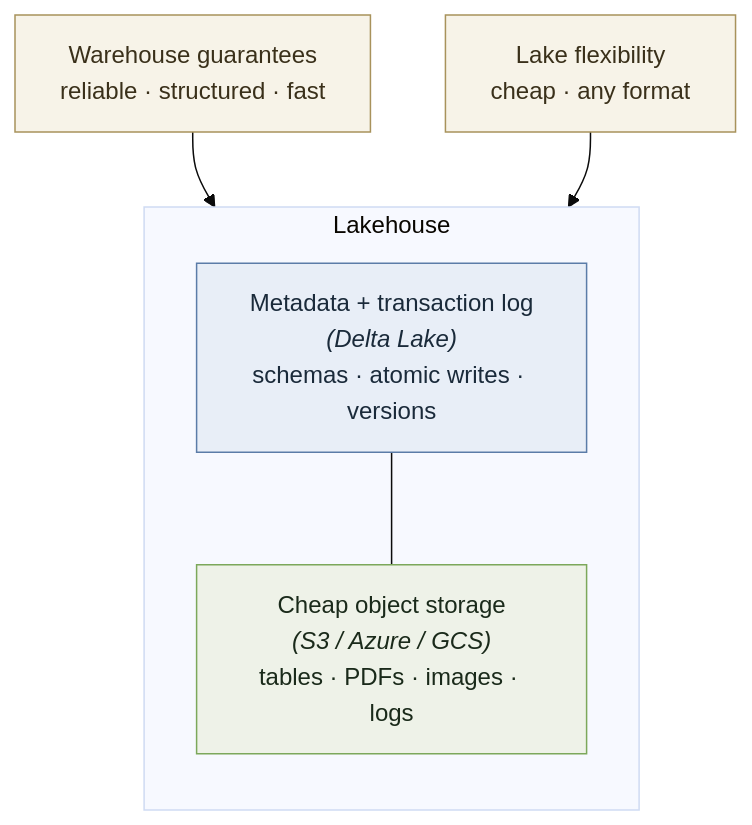
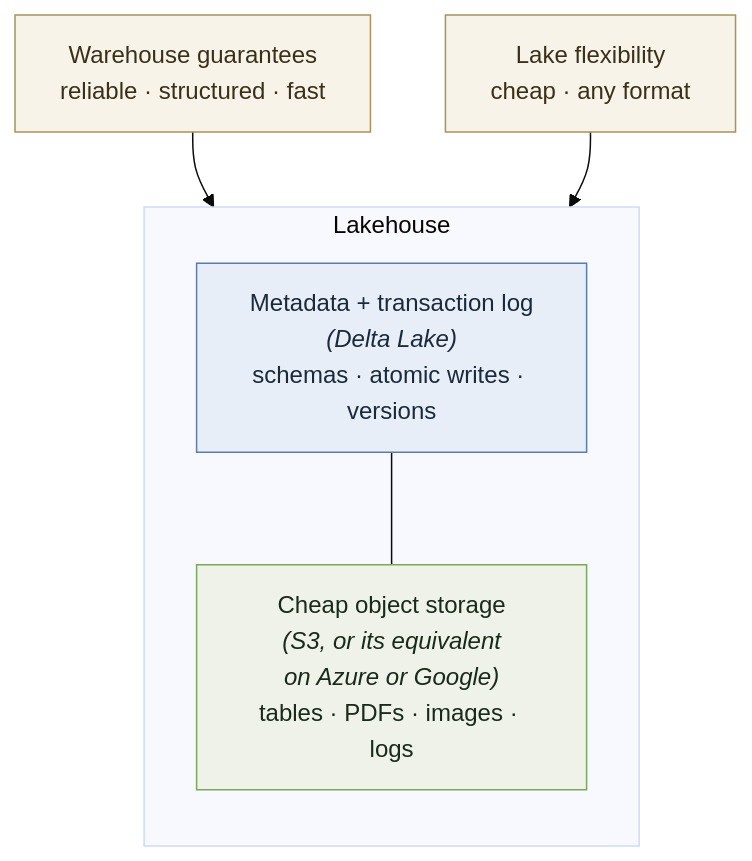
One commit to cagrx/db-gpt changed the second of 3 diagrams in 01-what-is-databricks.md. Above: the diagram before and after it, drawn with Mermaid (base theme). The commit also changed other lines of this file and 7 other files, not shown here.

First line of the commit message:
Fix prerequisite gaps and flow breaks found in review

````diff
--- a/01-what-is-databricks.md
+++ b/01-what-is-databricks.md
@@ -240,15 +240,15 @@
 ```mermaid
 flowchart TB
     subgraph L["Lakehouse"]
         direction TB
         M["Metadata + transaction log<br/><i>(Delta Lake)</i><br/>schemas · atomic writes · versions"]:::meta
-        S["Cheap object storage<br/><i>(S3 / Azure / GCS)</i><br/>tables · PDFs · images · logs"]:::store
+        S["Cheap object storage<br/><i>(S3, or its equivalent<br/>on Azure or Google)</i><br/>tables · PDFs · images · logs"]:::store
         M --- S
     end
     W["Warehouse guarantees<br/>reliable · structured · fast"]:::good --> M
     K["Lake flexibility<br/>cheap · any format"]:::good --> S
 
     classDef meta fill:#e8eef7,stroke:#5b7ca8,color:#1a2a3a
     classDef store fill:#eef2e8,stroke:#7ca85b,color:#1a2a1a
     classDef good fill:#f7f3e8,stroke:#a8925b,color:#3a301a
 ```
````
